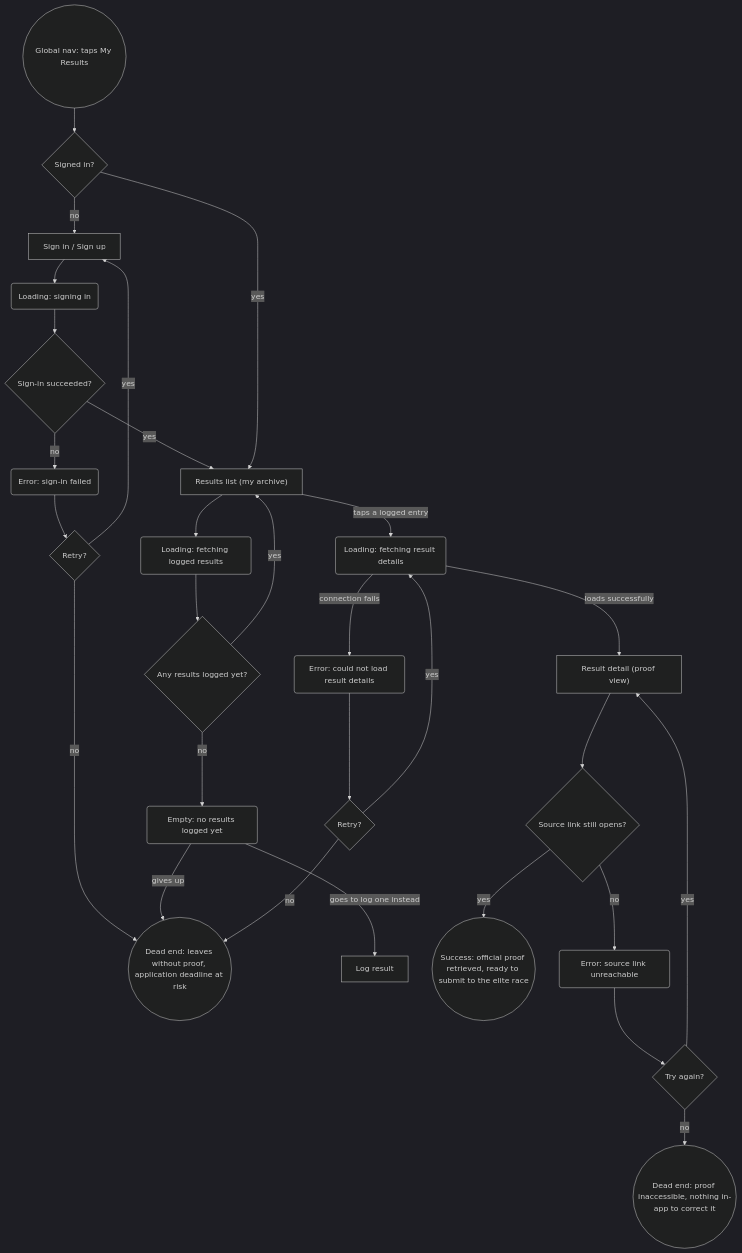
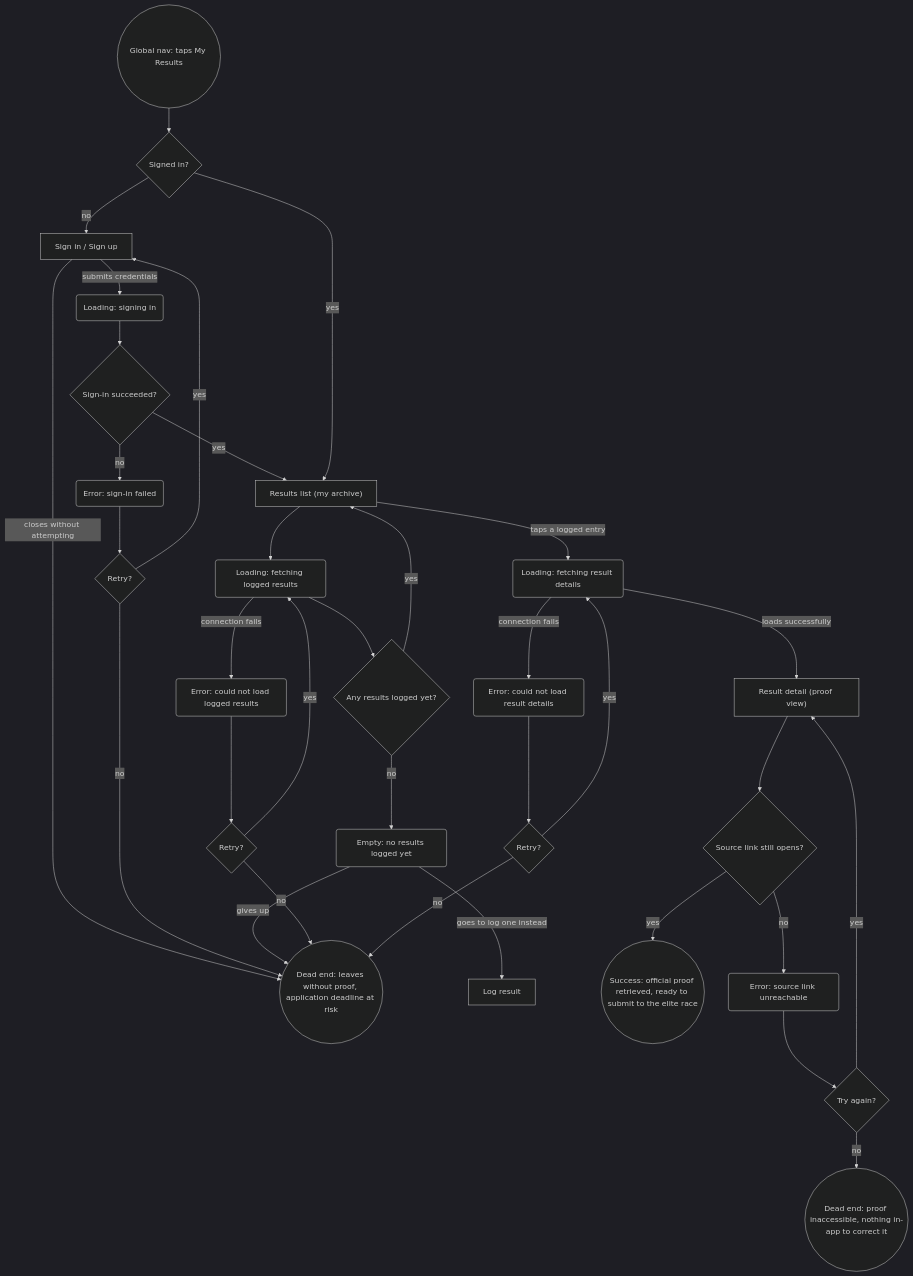
One commit to JuliaMakedonska/Onrace changed the third of 3 diagrams in flows.md. Above: the diagram before and after it, drawn with Mermaid (dark theme). The commit also changed other lines of this file and 1 other file, not shown here.

````diff
--- a/flows.md
+++ b/flows.md
@@ -138,31 +154,36 @@
 ```mermaid
 flowchart TD
     Start3(("Global nav: taps My Results")) --> AuthCheck2{"Signed in?"}
     AuthCheck2 -->|"no"| SignIn2["Sign in / Sign up"]
-    SignIn2 --> SigningIn2("Loading: signing in")
+    SignIn2 -->|"submits credentials"| SigningIn2("Loading: signing in")
+    SignIn2 -->|"closes without attempting"| DeadEnd4
     SigningIn2 --> AuthResult2{"Sign-in succeeded?"}
     AuthResult2 -->|"no"| AuthError2("Error: sign-in failed")
     AuthError2 --> AuthRetry2{"Retry?"}
     AuthRetry2 -->|"yes"| SignIn2
     AuthRetry2 -->|"no"| DeadEnd4(("Dead end: leaves without proof, application deadline at risk"))
     AuthResult2 -->|"yes"| ResultsList2["Results list (my archive)"]
     AuthCheck2 -->|"yes"| ResultsList2
     ResultsList2 --> Loading2("Loading: fetching logged results")
     Loading2 --> HasLogged{"Any results logged yet?"}
     HasLogged -->|"no"| Empty2("Empty: no results logged yet")
     Empty2 -->|"goes to log one instead"| LogForm2["Log result"]
     Empty2 -->|"gives up"| DeadEnd4
     HasLogged -->|"yes"| ResultsList2
+    Loading2 -->|"connection fails"| FetchError2("Error: could not load logged results")
+    FetchError2 --> FetchRetry2{"Retry?"}
+    FetchRetry2 -->|"yes"| Loading2
+    FetchRetry2 -->|"no"| DeadEnd4
     ResultsList2 -->|"taps a logged entry"| DetailLoading2("Loading: fetching result details")
     DetailLoading2 -->|"loads successfully"| ResultDetail["Result detail (proof view)"]
     DetailLoading2 -->|"connection fails"| DetailError2("Error: could not load result details")
     DetailError2 --> DetailRetry2{"Retry?"}
     DetailRetry2 -->|"yes"| DetailLoading2
     DetailRetry2 -->|"no"| DeadEnd4
     ResultDetail --> LinkWorks{"Source link still opens?"}
     LinkWorks -->|"yes"| Success3(("Success: official proof retrieved, ready to submit to the elite race"))
     LinkWorks -->|"no"| LinkError("Error: source link unreachable")
     LinkError --> LinkRetry{"Try again?"}
     LinkRetry -->|"yes"| ResultDetail
     LinkRetry -->|"no"| DeadEnd5(("Dead end: proof inaccessible, nothing in-app to correct it"))
 ```
````
